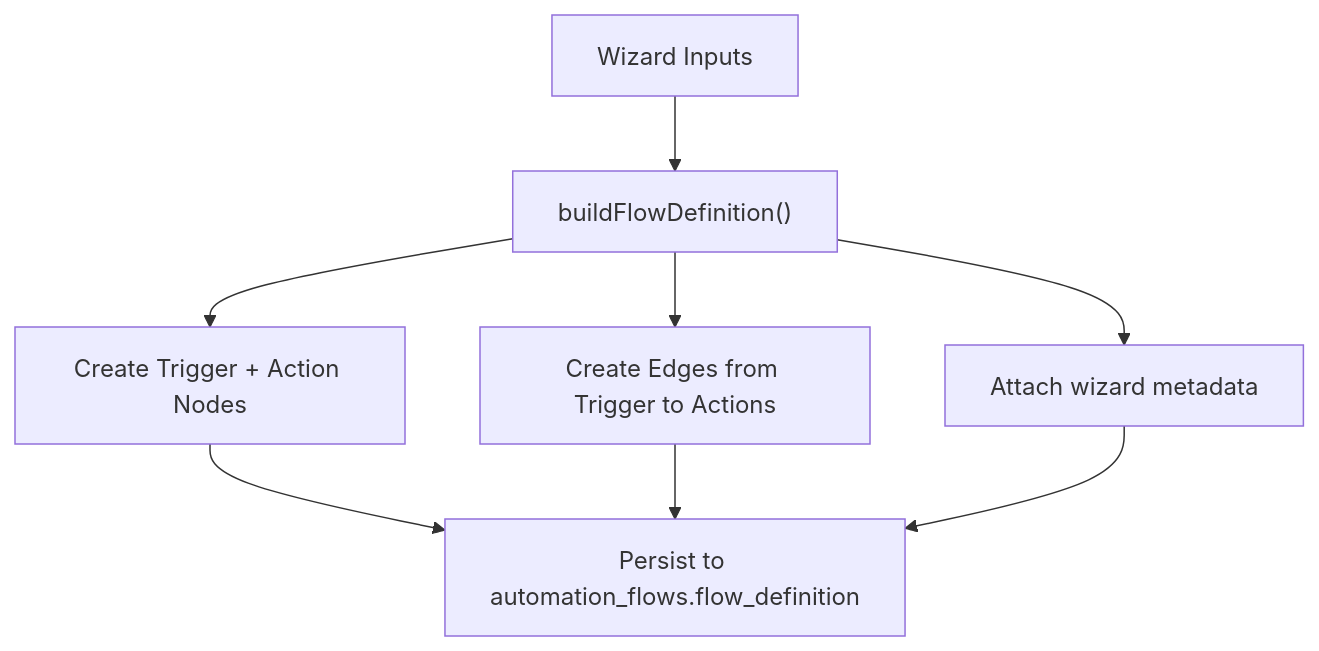
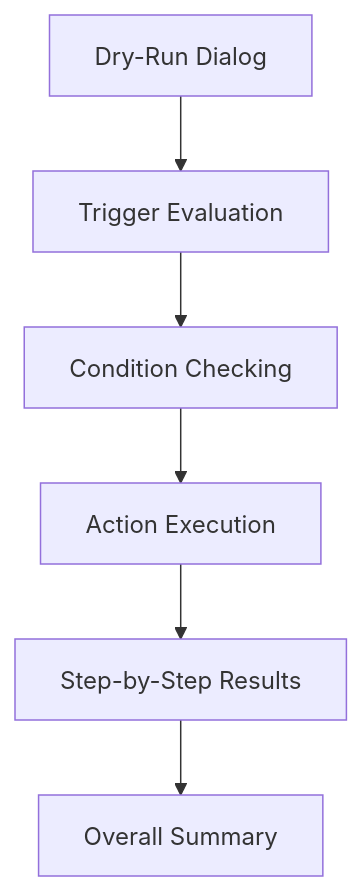
The sixth of 11 diagrams in .qoder/repowiki/en/content/Automation System/Automation System.md (gastaldellomarco/pcReady), drawn with Mermaid before and after one commit. The commit also changed other lines of this file and 19 other files, not shown here.

First line of the commit message:
feat(automation): enhance Automation Flow Builder with dual-mode design and advanced UI

````diff
--- a/.qoder/repowiki/en/content/Automation System/Automation System.md
+++ b/.qoder/repowiki/en/content/Automation System/Automation System.md
@@ -173,10 +281,8 @@
 ```mermaid
 flowchart TD
-Wiz["Wizard Inputs"] --> Build["buildFlowDefinition()"]
-Build --> Nodes["Create Trigger + Action Nodes"]
-Build --> Edges["Create Edges from Trigger to Actions"]
-Build --> Meta["Attach wizard metadata"]
-Nodes --> Store["Persist to automation_flows.flow_definition"]
-Edges --> Store
-Meta --> Store
+DryRun["Dry-Run Dialog"] --> Trigger["Trigger Evaluation"]
+Trigger --> Conditions["Condition Checking"]
+Conditions --> Actions["Action Execution"]
+Actions --> Results["Step-by-Step Results"]
+Results --> Summary["Overall Summary"]
 ```
````
